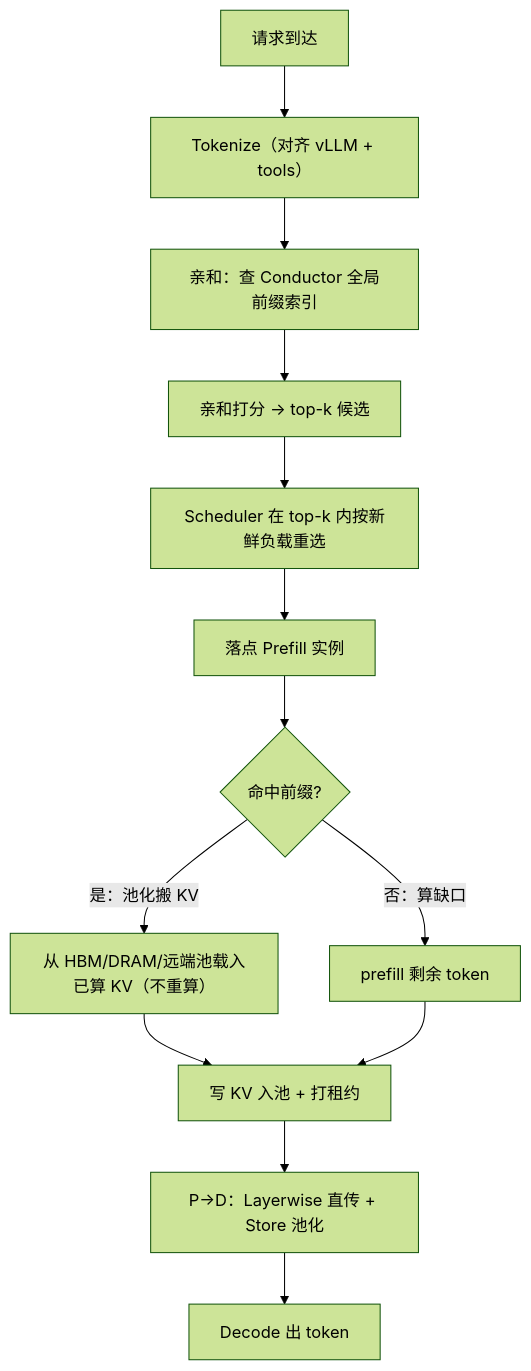
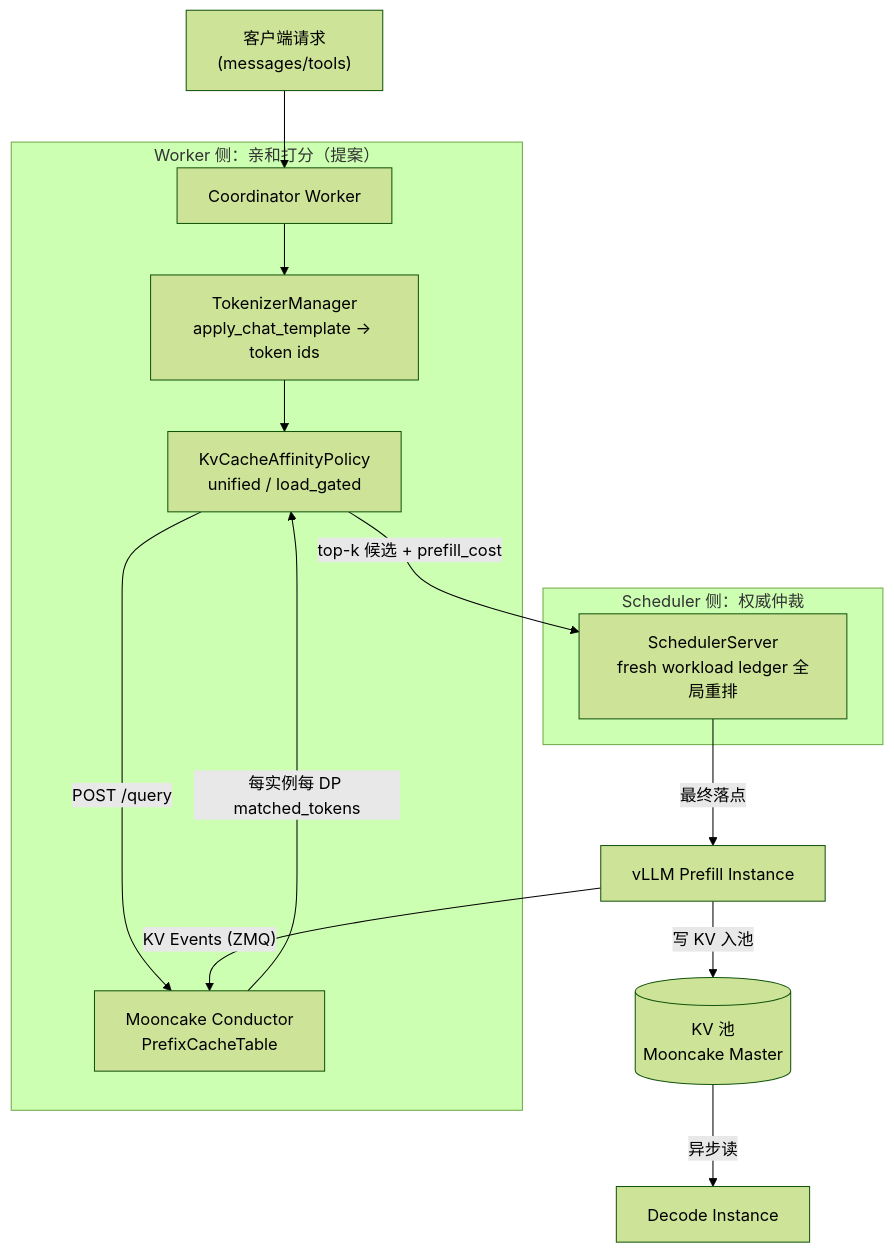
Before and after one commit to Lyr-GW/interview-docs: the diagram in docs/topics/kv-cache-affinity.md, drawn with Mermaid (forest theme). The commit also changed other lines of this file and 3 other files, not shown here.

Commit message:
[sync] aggregate update: kv-cache-affinity (+1 new source), inference-frameworks modified

````diff
--- a/docs/topics/kv-cache-affinity.md
+++ b/docs/topics/kv-cache-affinity.md
@@ -175,15 +20,18 @@
 ```mermaid
-flowchart TB
-    REQ["请求到达"] --> TOK["Tokenize（对齐 vLLM + tools）"]
-    TOK --> Q["亲和：查 Conductor 全局前缀索引"]
-    Q --> SCORE["亲和打分 → top-k 候选"]
-    SCORE --> SCHED["Scheduler 在 top-k 内按新鲜负载重选"]
-    SCHED --> PREFILL["落点 Prefill 实例"]
-    PREFILL --> HIT{"命中前缀?"}
-    HIT -->|"是：池化搬 KV"| LOAD["从 HBM/DRAM/远端池载入已算 KV（不重算）"]
-    HIT -->|"否：算缺口"| CALC["prefill 剩余 token"]
-    LOAD --> WRITE["写 KV 入池 + 打租约"]
-    CALC --> WRITE
-    WRITE --> DEC["P→D：Layerwise 直传 + Store 池化"]
-    DEC --> OUT["Decode 出 token"]
+graph TB
+    Client["客户端请求<br/>(messages/tools)"]
+    Client --> Router["Coordinator Worker"]
+    subgraph Worker["Worker 侧：亲和打分（提案）"]
+        Router --> TM["TokenizerManager<br/>apply_chat_template → token ids"]
+        TM --> Policy["KvCacheAffinityPolicy<br/>unified / load_gated"]
+        Policy -->|"POST /query"| Conductor["Mooncake Conductor<br/>PrefixCacheTable"]
+        Conductor -->|"每实例每 DP matched_tokens"| Policy
+    end
+    subgraph Sched["Scheduler 侧：权威仲裁"]
+        Policy -->|"top-k 候选 + prefill_cost"| Arbiter["SchedulerServer<br/>fresh workload ledger 全局重排"]
+    end
+    Arbiter -->|"最终落点"| P1["vLLM Prefill Instance"]
+    P1 -->|"KV Events (ZMQ)"| Conductor
+    P1 -->|"写 KV 入池"| Pool[("KV 池<br/>Mooncake Master")]
+    Pool -->|"异步读"| D1["Decode Instance"]
 ```
````
